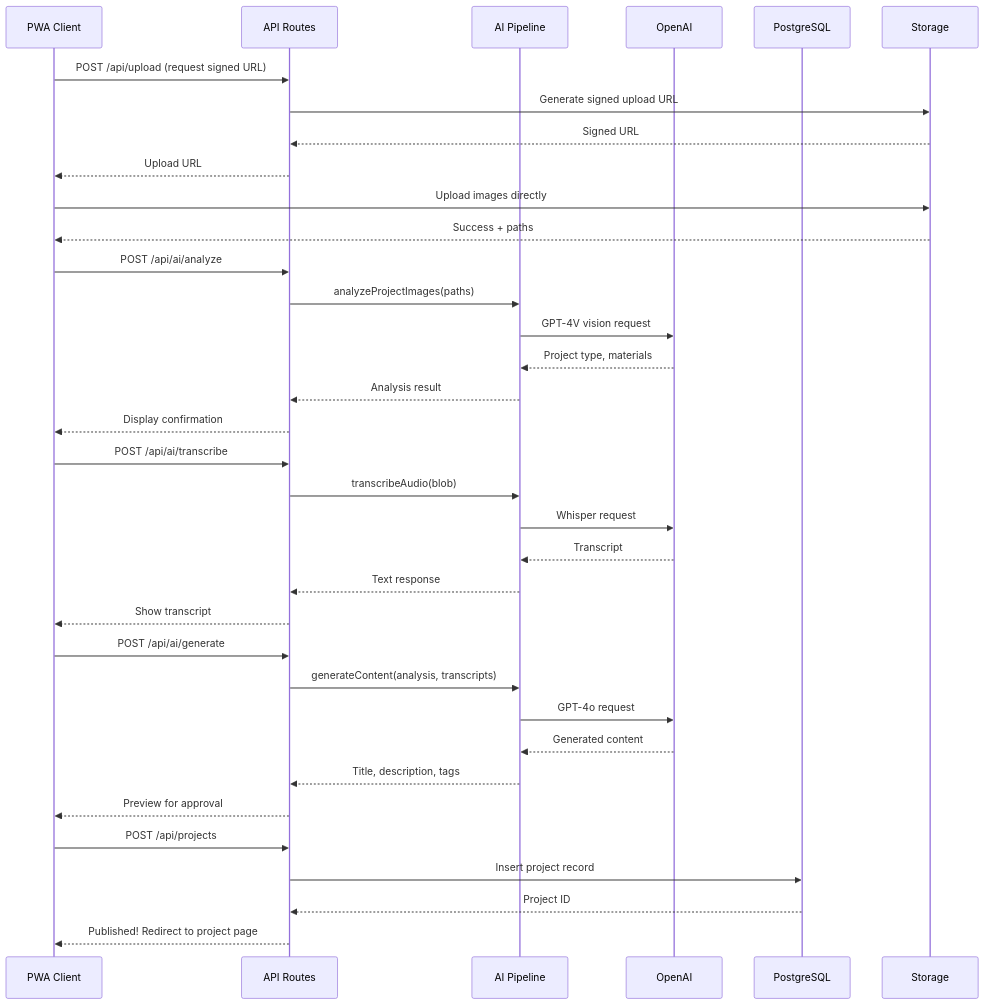
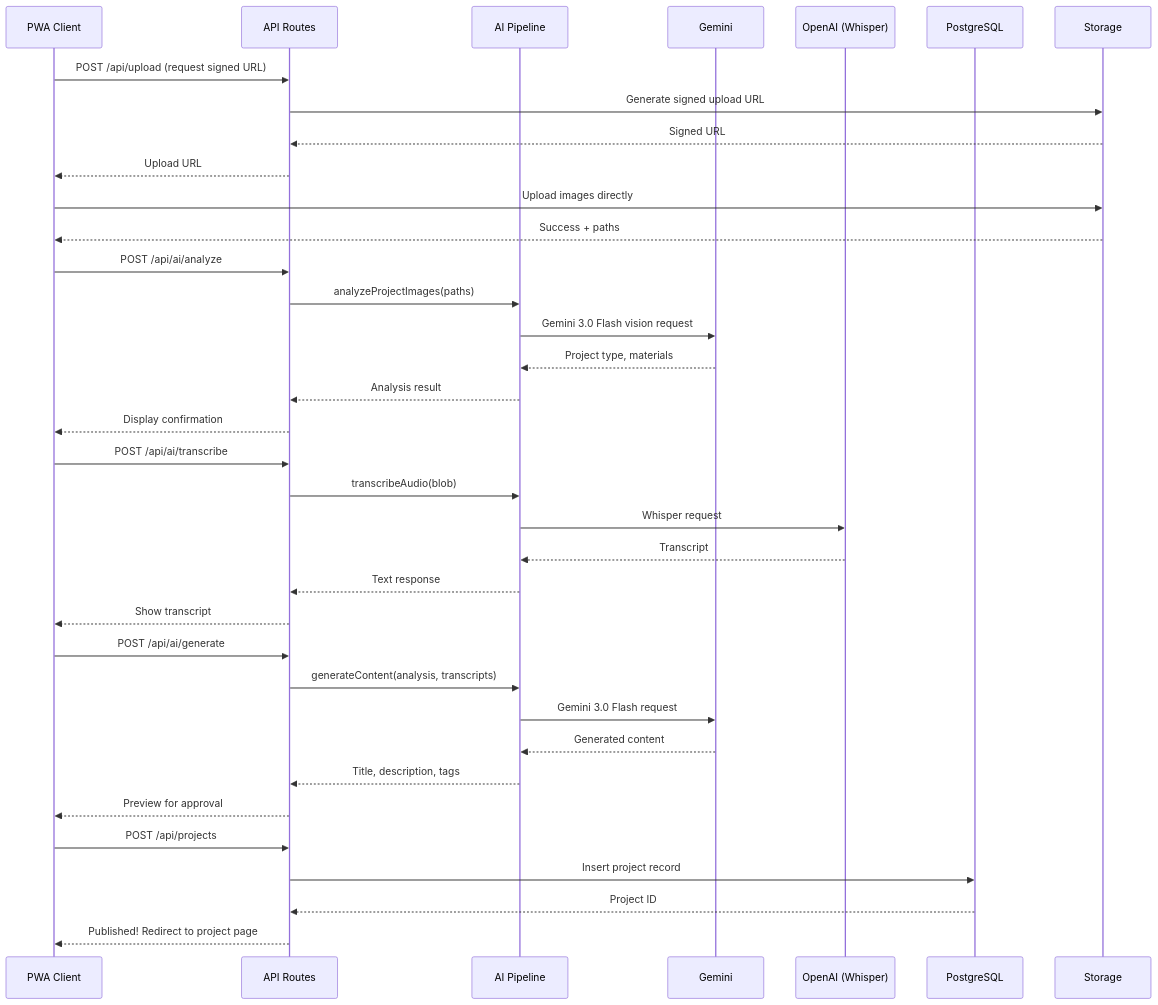
One commit to AaronBakerDev/knearme-platform changed the second of 2 diagrams in docs/03-architecture/c4-container.md. Above: the diagram before and after it, drawn with Mermaid. The commit also changed other lines of this file and 2 other files, not shown here.

First line of the commit message:
docs: update AI model references to Gemini 3.0 Flash

````diff
--- a/docs/03-architecture/c4-container.md
+++ b/docs/03-architecture/c4-container.md
@@ -181,43 +184,44 @@
 ```mermaid
 sequenceDiagram
     participant C as PWA Client
     participant API as API Routes
     participant AI as AI Pipeline
-    participant OAI as OpenAI
+    participant GEM as Gemini
+    participant OAI as OpenAI (Whisper)
     participant DB as PostgreSQL
     participant S3 as Storage
 
     C->>API: POST /api/upload (request signed URL)
     API->>S3: Generate signed upload URL
     S3-->>API: Signed URL
     API-->>C: Upload URL
 
     C->>S3: Upload images directly
     S3-->>C: Success + paths
 
     C->>API: POST /api/ai/analyze
     API->>AI: analyzeProjectImages(paths)
-    AI->>OAI: GPT-4V vision request
-    OAI-->>AI: Project type, materials
+    AI->>GEM: Gemini 3.0 Flash vision request
+    GEM-->>AI: Project type, materials
     AI-->>API: Analysis result
     API-->>C: Display confirmation
 
     C->>API: POST /api/ai/transcribe
     API->>AI: transcribeAudio(blob)
     AI->>OAI: Whisper request
     OAI-->>AI: Transcript
     AI-->>API: Text response
     API-->>C: Show transcript
 
     C->>API: POST /api/ai/generate
     API->>AI: generateContent(analysis, transcripts)
-    AI->>OAI: GPT-4o request
-    OAI-->>AI: Generated content
+    AI->>GEM: Gemini 3.0 Flash request
+    GEM-->>AI: Generated content
     AI-->>API: Title, description, tags
     API-->>C: Preview for approval
 
     C->>API: POST /api/projects
     API->>DB: Insert project record
     DB-->>API: Project ID
     API-->>C: Published! Redirect to project page
 ```
````
